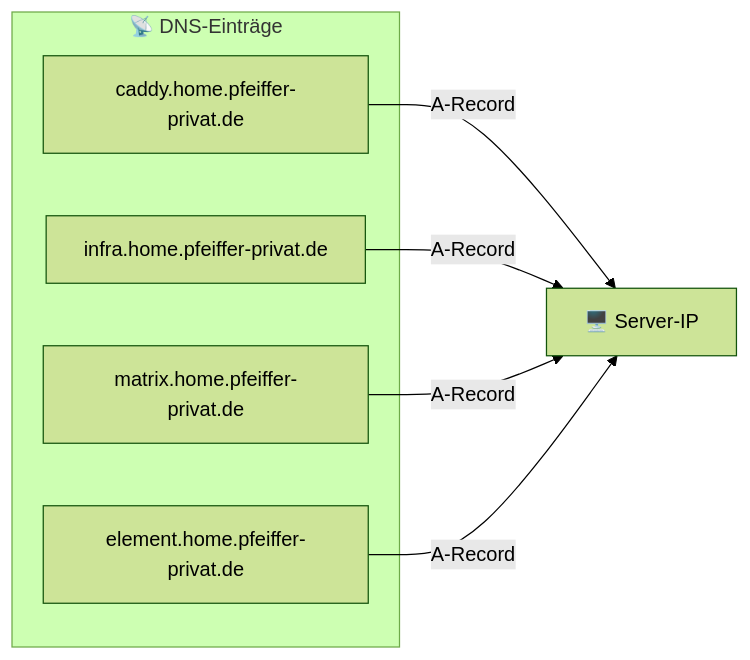
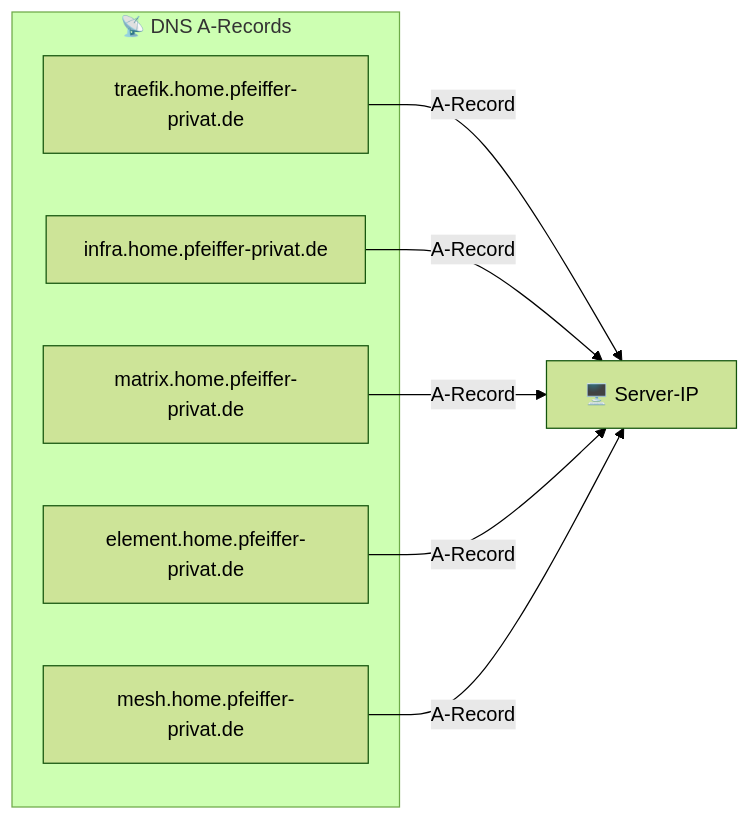
One commit to ppfeiffer63/Infrastruktur changed the third of 7 diagrams in docs/INSTALLATION.md. Above: the diagram before and after it, drawn with Mermaid (forest theme). The commit also changed other lines of this file and 1 other file, not shown here.

Commit message:
docs: INSTALLATION.md auf Traefik aktualisiert

````diff
--- a/docs/INSTALLATION.md
+++ b/docs/INSTALLATION.md
@@ -95,11 +93,11 @@
 ```mermaid
 graph LR
-    subgraph DNS[📡 DNS-Einträge]
-        d1[caddy.home.pfeiffer-privat.de]
+    subgraph DNS[📡 DNS A-Records]
+        d1[traefik.home.pfeiffer-privat.de]
         d2[infra.home.pfeiffer-privat.de]
         d3[matrix.home.pfeiffer-privat.de]
         d4[element.home.pfeiffer-privat.de]
+        d5[mesh.home.pfeiffer-privat.de]
     end
-
-    d1 & d2 & d3 & d4 -->|A-Record| ip[🖥️ Server-IP]
+    d1 & d2 & d3 & d4 & d5 -->|A-Record| ip[🖥️ Server-IP]
 ```
````
